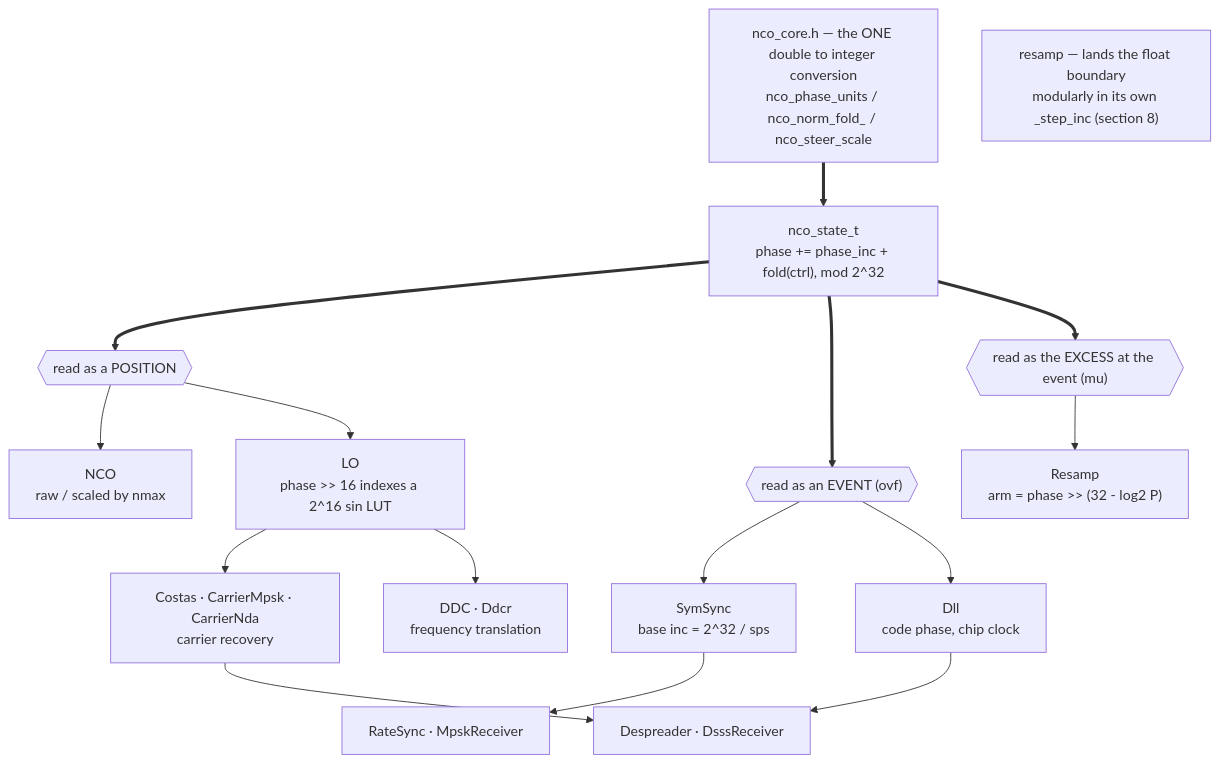
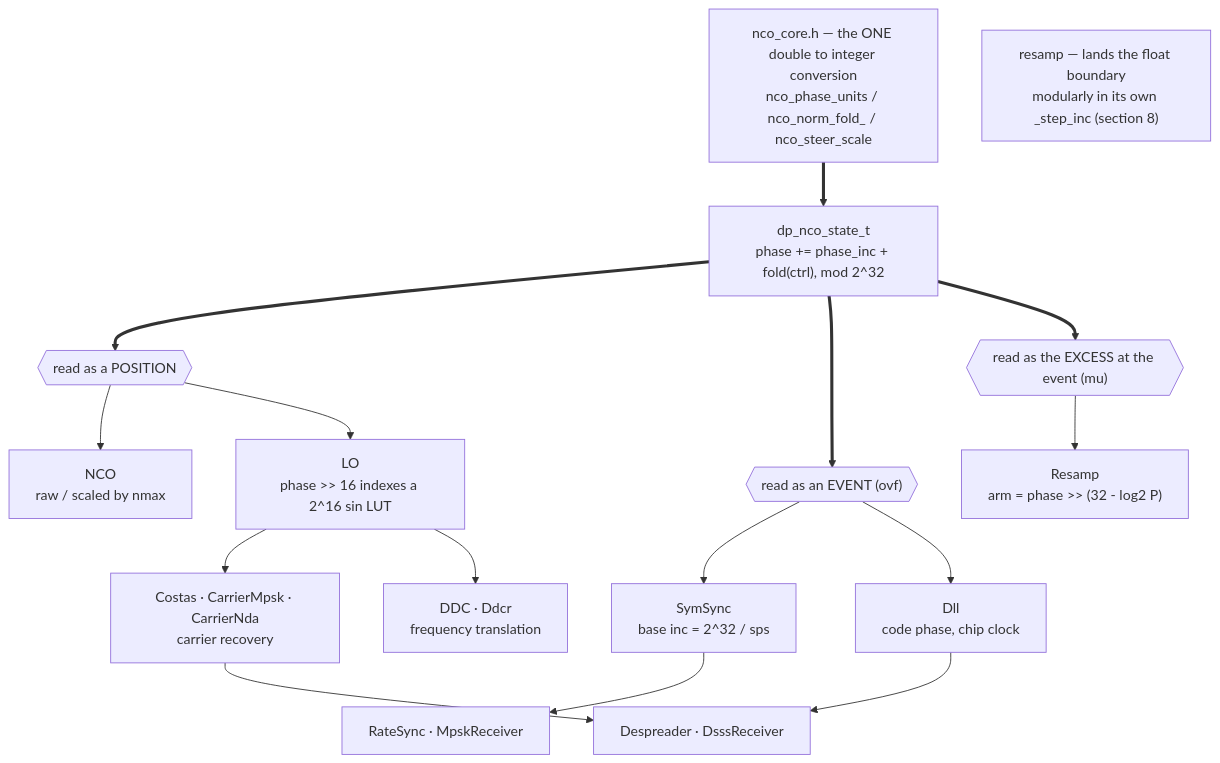
The diagram in docs/design/nco.md (doppler-dsp/doppler), drawn with Mermaid before and after one commit. The commit also changed other lines of this file and 1381 other files, not shown here.

````diff
--- a/docs/design/nco.md
+++ b/docs/design/nco.md
@@ -235,26 +235,26 @@
 ```mermaid
 flowchart TB
     CONV["nco_core.h — the ONE double to integer conversion<br/>nco_phase_units / nco_norm_fold_ / nco_steer_scale"]
 
-    CONV ==> ACC["nco_state_t<br/>phase += phase_inc + fold(ctrl), mod 2^32"]
+    CONV ==> ACC["dp_nco_state_t<br/>phase += phase_inc + fold(ctrl), mod 2^32"]
 
     ACC ==> SYNTH{{"read as a POSITION"}}
     ACC ==> STROBE{{"read as an EVENT (ovf)"}}
 
     SYNTH --> NCOOBJ["NCO<br/>raw / scaled by nmax"]
     SYNTH --> LO["LO<br/>phase >> 16 indexes a 2^16 sin LUT"]
     LO --> CAR["Costas · CarrierMpsk · CarrierNda<br/>carrier recovery"]
     LO --> DDCN["DDC · Ddcr<br/>frequency translation"]
 
     ACC ==> MU{{"read as the EXCESS at the event (mu)"}}
     MU --> RES["Resamp<br/>arm = phase >> (32 - log2 P)"]
 
     STROBE --> SYMS["SymSync<br/>base inc = 2^32 / sps"]
     STROBE --> DLL["Dll<br/>code phase, chip clock"]
 
     SYMS --> RSYNC["RateSync · MpskReceiver"]
     DLL --> DSSS["Despreader · DsssReceiver"]
     CAR --> DSSS
 
     MOD["resamp — lands the float boundary<br/>modularly in its own _step_inc (section 8)"]
 ```
````
